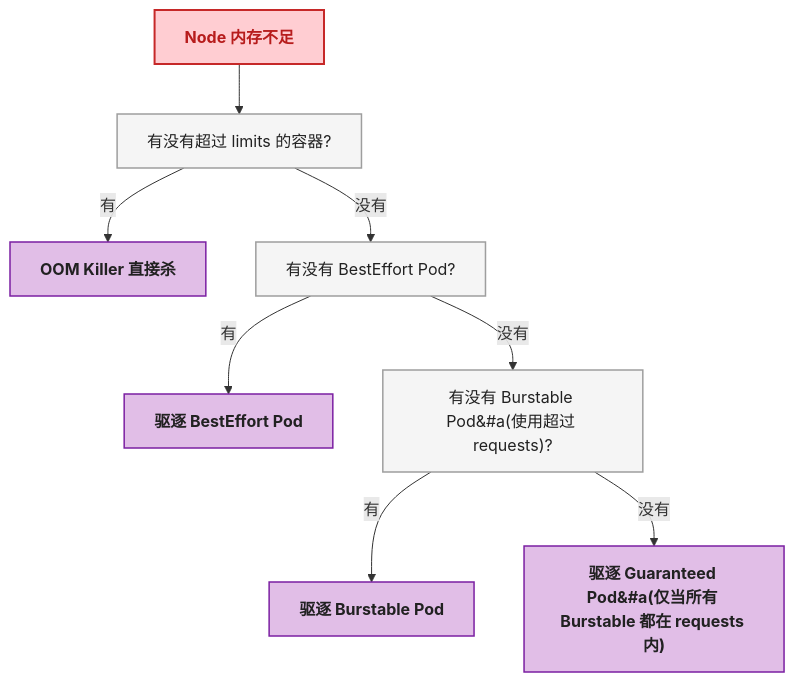
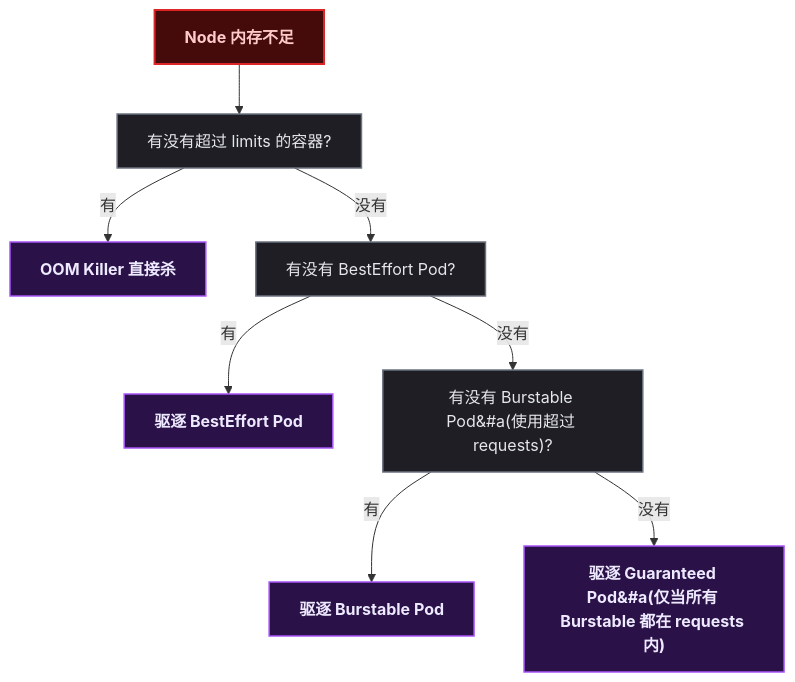
Before and after one commit to yaocat55/yaocat55.github.io: the fifth of 5 diagrams in content/posts/kubernetes/PodSurvivalGuide.md, drawn with Mermaid. The commit also changed other lines of this file and 155 other files, not shown here.

````diff
--- a/content/posts/kubernetes/PodSurvivalGuide.md
+++ b/content/posts/kubernetes/PodSurvivalGuide.md
@@ -577,28 +577,28 @@
 ```mermaid
 flowchart TD
   NODE["Node 内存不足"]
   Q1["有没有超过 limits 的容器?"]
   KILL["OOM Killer 直接杀"]
   Q2["有没有 BestEffort Pod?"]
   EVICT["驱逐 BestEffort Pod"]
   Q3["有没有 Burstable Pod&#a(使用超过 requests)?"]
   EVICT2["驱逐 Burstable Pod"]
   Q4["驱逐 Guaranteed Pod&#a(仅当所有 Burstable 都在 requests 内)"]
 
   NODE --> Q1
   Q1 -->|"有"| KILL
   Q1 -->|"没有"| Q2
   Q2 -->|"有"| EVICT
   Q2 -->|"没有"| Q3
   Q3 -->|"有"| EVICT2
   Q3 -->|"没有"| Q4
 
-  classDef start fill:#FFCDD2,stroke:#C62828,stroke-width:2px,color:#B71C1C,font-weight:bold
+classDef start fill:#450a0a,stroke:#dc2626,stroke-width:2px,color:#fecaca,font-weight:bold;
   class NODE start
 
-  classDef action fill:#E1BEE7,stroke:#7B1FA2,stroke-width:1.5px,color:#212121,font-weight:bold
+classDef action fill:#2a1147,stroke:#a855f7,stroke-width:1.5px,color:#ede9fe,font-weight:bold;
   class KILL,EVICT,EVICT2,Q4 action
 
-  classDef check fill:#F5F5F5,stroke:#9E9E9E,stroke-width:1.5px,color:#212121
+classDef check fill:#1e1e24,stroke:#6b7280,stroke-width:1.5px,color:#e5e7eb;
   class Q1,Q2,Q3 check
 ```
````
